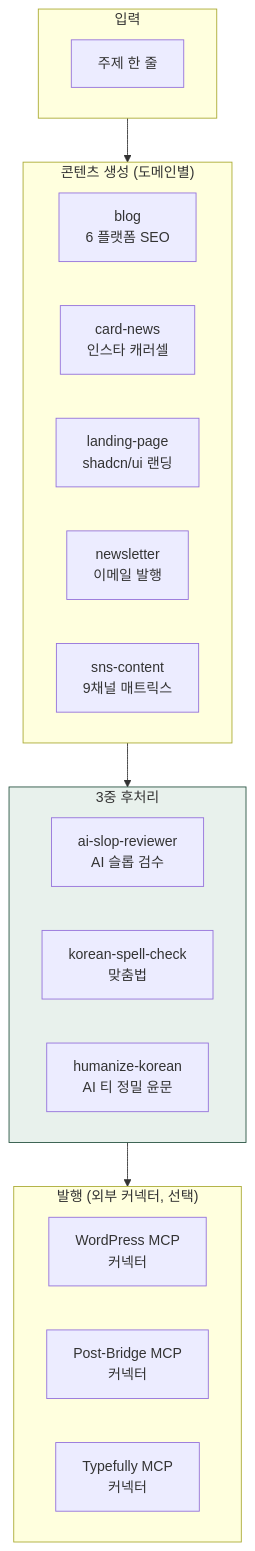
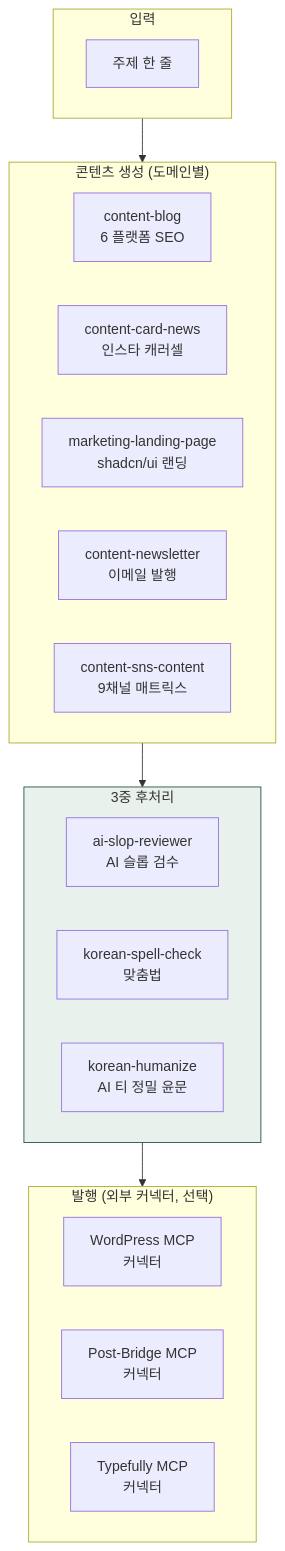
One commit to modu-ai/cowork-plugins changed the first of 2 diagrams in www/content/cookbook/tracks/track-content.md. Above: the diagram before and after it, drawn with Mermaid. The commit also changed other lines of this file and 45 other files, not shown here.

First line of the commit message:
docs(www): 스킬명 정합 + 깨진 링크 수정 + mermaid 보강

````diff
--- a/www/content/cookbook/tracks/track-content.md
+++ b/www/content/cookbook/tracks/track-content.md
@@ -16,25 +16,25 @@
 ```mermaid
 flowchart TD
    subgraph 입력["입력"]
        A["주제 한 줄"]
    end
    subgraph 생성["콘텐츠 생성 (도메인별)"]
-       B1["blog<br/>6 플랫폼 SEO"]
-       B2["card-news<br/>인스타 캐러셀"]
-       B3["landing-page<br/>shadcn/ui 랜딩"]
-       B4["newsletter<br/>이메일 발행"]
-       B5["sns-content<br/>9채널 매트릭스"]
+       B1["content-blog<br/>6 플랫폼 SEO"]
+       B2["content-card-news<br/>인스타 캐러셀"]
+       B3["marketing-landing-page<br/>shadcn/ui 랜딩"]
+       B4["content-newsletter<br/>이메일 발행"]
+       B5["content-sns-content<br/>9채널 매트릭스"]
    end
    subgraph 검수["3중 후처리"]
        C1["ai-slop-reviewer<br/>AI 슬롭 검수"]
        C2["korean-spell-check<br/>맞춤법"]
-       C3["humanize-korean<br/>AI 티 정밀 윤문"]
+       C3["korean-humanize<br/>AI 티 정밀 윤문"]
    end
    subgraph 발행["발행 (외부 커넥터, 선택)"]
        D1["WordPress MCP<br/>커넥터"]
        D2["Post-Bridge MCP<br/>커넥터"]
        D3["Typefully MCP<br/>커넥터"]
    end
    입력 --> 생성 --> 검수 --> 발행
    style 검수 fill:#e8f1ec,stroke:#265240
 ```
````
